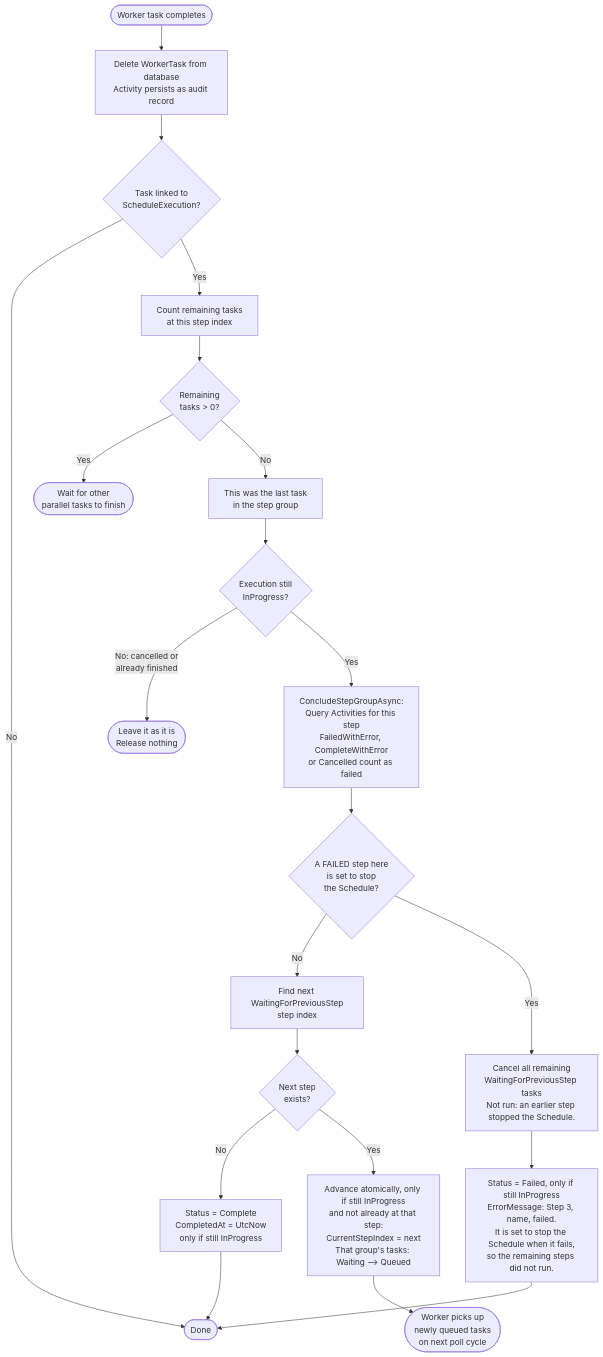
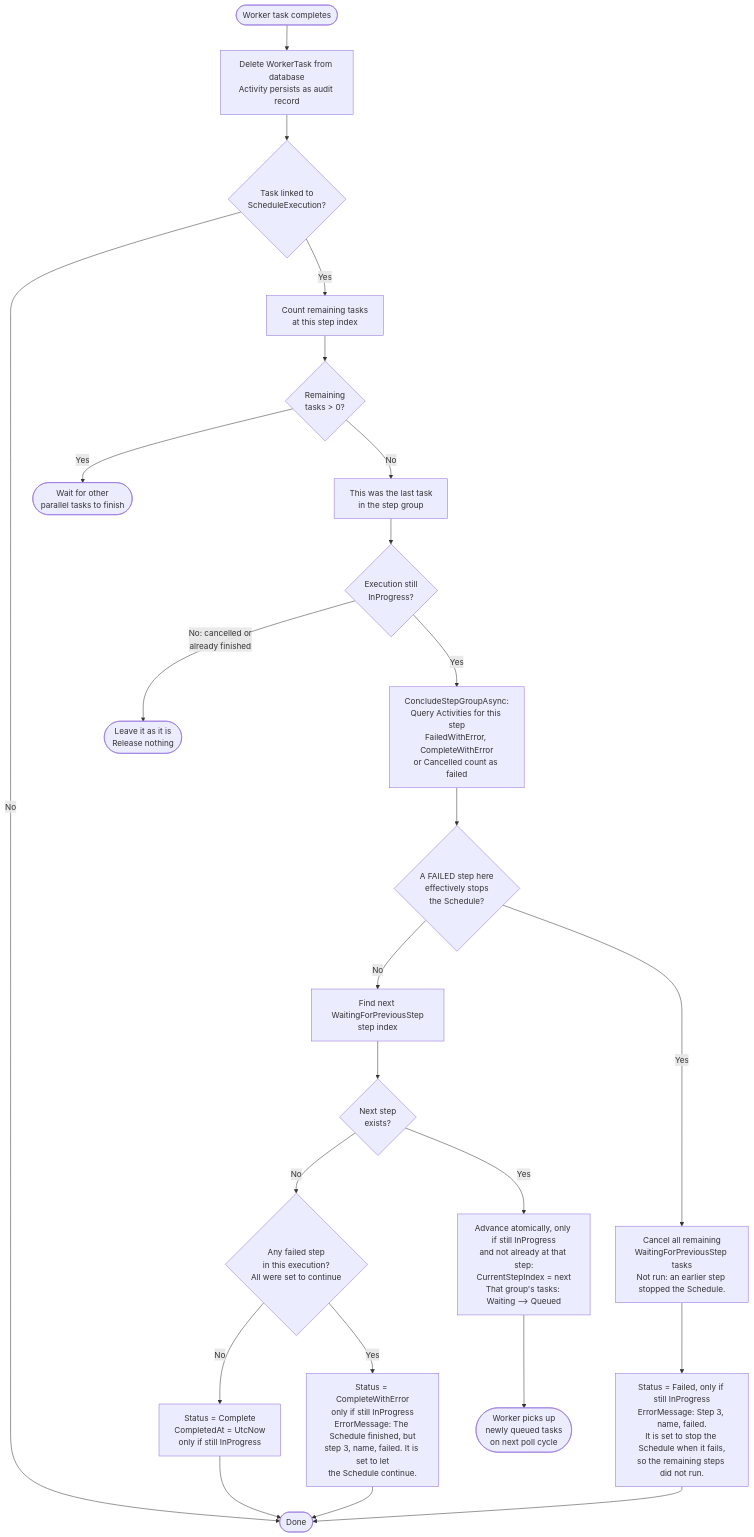
The fifth of 8 diagrams in docs/developer/diagrams/SCHEDULE_EXECUTION_LIFECYCLE.md (TetronIO/JIM), drawn with Mermaid before and after one commit. The commit also changed other lines of this file and 14 other files, not shown here.

````diff
--- a/docs/developer/diagrams/SCHEDULE_EXECUTION_LIFECYCLE.md
+++ b/docs/developer/diagrams/SCHEDULE_EXECUTION_LIFECYCLE.md
@@ -131,31 +147,34 @@
 ```mermaid
 flowchart TD
     TaskDone([Worker task completes]) --> DeleteTask[Delete WorkerTask from database<br/>Activity persists as audit record]
     DeleteTask --> IsScheduled{Task linked to<br/>ScheduleExecution?}
     IsScheduled -->|No| Done([Done])
     IsScheduled -->|Yes| CheckRemaining[Count remaining tasks<br/>at this step index]
 
     CheckRemaining --> StillActive{Remaining<br/>tasks > 0?}
     StillActive -->|Yes| Wait([Wait for other<br/>parallel tasks to finish])
 
     StillActive -->|No| LastTask[This was the last task<br/>in the step group]
     LastTask --> IsInProgress{Execution still<br/>InProgress?}
     IsInProgress -->|No: cancelled or<br/>already finished| Leave([Leave it as it is<br/>Release nothing])
     IsInProgress -->|Yes| CheckFailures[ConcludeStepGroupAsync:<br/>Query Activities for this step<br/>FailedWithError, CompleteWithError<br/>or Cancelled count as failed]
 
-    CheckFailures --> AnyStop{A FAILED step here<br/>is set to stop<br/>the Schedule?}
+    CheckFailures --> AnyStop{A FAILED step here<br/>effectively stops<br/>the Schedule?}
 
     %% --- Happy path ---
     AnyStop -->|No| FindNext[Find next WaitingForPreviousStep<br/>step index]
     FindNext --> HasNext{Next step<br/>exists?}
-    HasNext -->|No| ExecComplete[Status = Complete<br/>CompletedAt = UtcNow<br/>only if still InProgress]
+    HasNext -->|No| AnyFailed{Any failed step<br/>in this execution?<br/>All were set to continue}
+    AnyFailed -->|No| ExecComplete[Status = Complete<br/>CompletedAt = UtcNow<br/>only if still InProgress]
+    AnyFailed -->|Yes| ExecCompleteWithError[Status = CompleteWithError<br/>only if still InProgress<br/>ErrorMessage: The Schedule finished, but<br/>step 3, name, failed. It is set to let<br/>the Schedule continue.]
     ExecComplete --> Done
+    ExecCompleteWithError --> Done
 
     HasNext -->|Yes| Advance[Advance atomically, only if still InProgress<br/>and not already at that step:<br/>CurrentStepIndex = next<br/>That group's tasks: Waiting --> Queued]
     Advance --> WorkerPicksUp([Worker picks up<br/>newly queued tasks<br/>on next poll cycle])
 
     %% --- Failure path ---
     AnyStop -->|Yes| Cleanup[Cancel all remaining<br/>WaitingForPreviousStep tasks<br/>Not run: an earlier step stopped the Schedule.]
     Cleanup --> FailExec[Status = Failed, only if still InProgress<br/>ErrorMessage: Step 3, name, failed.<br/>It is set to stop the Schedule when it fails,<br/>so the remaining steps did not run.]
     FailExec --> Done
 ```
````
